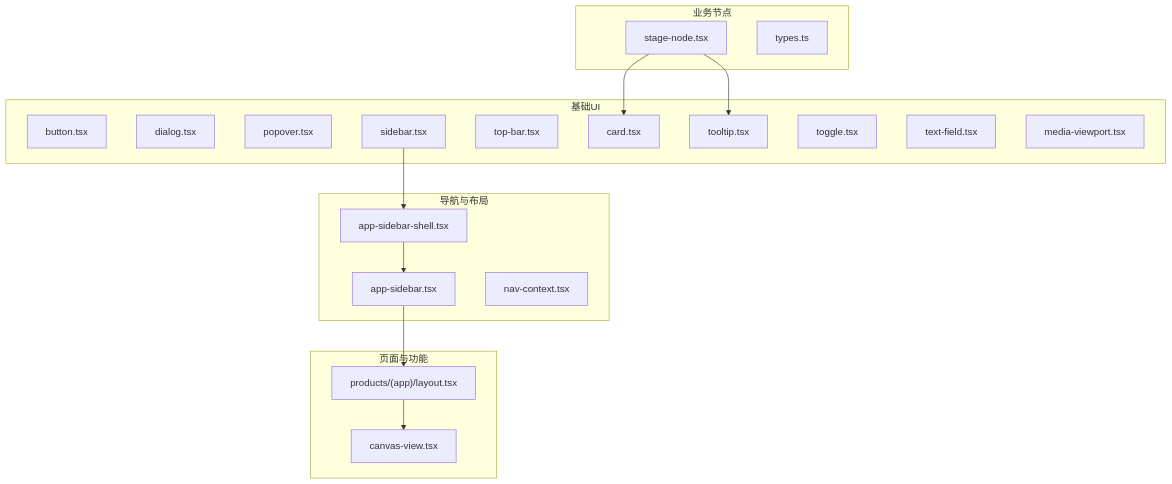
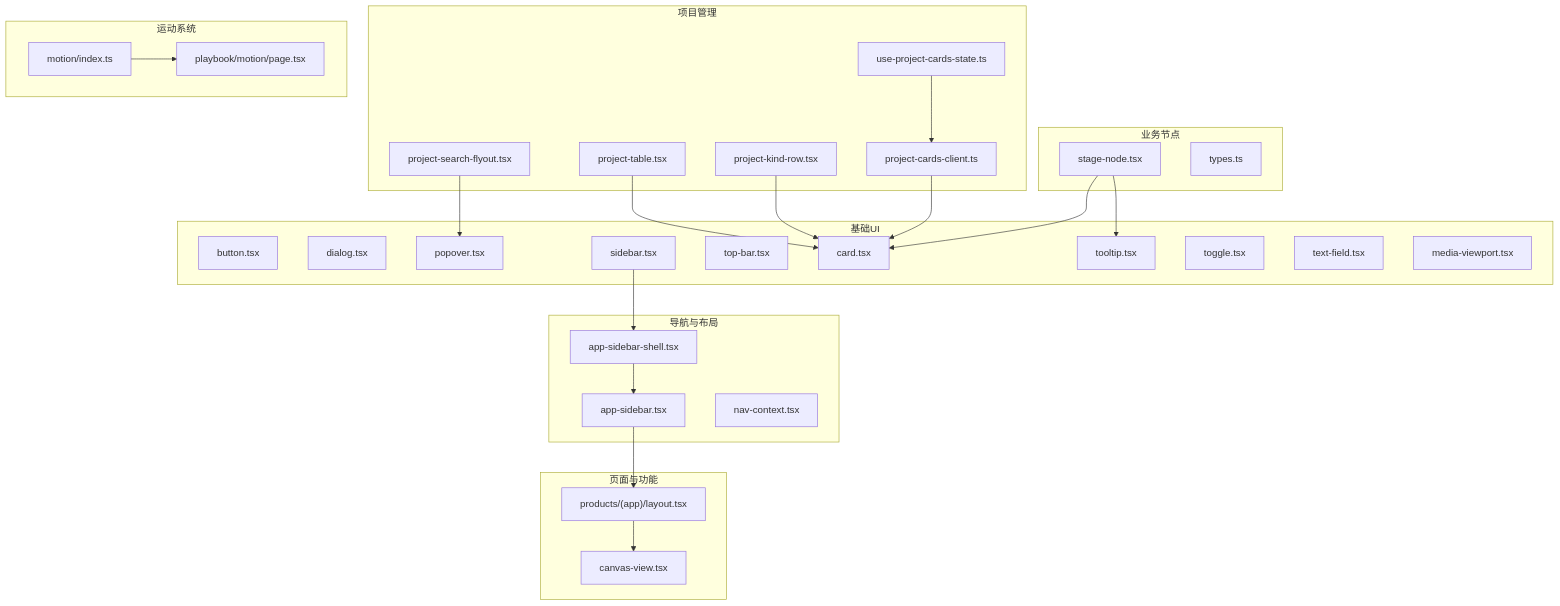
Before and after one commit to scottcwy/PurpleInk: the first of 8 diagrams in .qoder/repowiki/zh/content/前端架构/组件系统/组件系统.md, drawn with Mermaid. The commit also changed other lines of this file and 23 other files, not shown here.

````diff
--- a/.qoder/repowiki/zh/content/前端架构/组件系统/组件系统.md
+++ b/.qoder/repowiki/zh/content/前端架构/组件系统/组件系统.md
@@ -56,34 +76,51 @@
 ```mermaid
 graph TB
 subgraph "基础UI"
 U1["button.tsx"]
 U2["dialog.tsx"]
 U3["popover.tsx"]
 U4["sidebar.tsx"]
 U5["top-bar.tsx"]
 U6["card.tsx"]
 U7["tooltip.tsx"]
 U8["toggle.tsx"]
 U9["text-field.tsx"]
 U10["media-viewport.tsx"]
 end
 subgraph "业务节点"
 N1["stage-node.tsx"]
 N2["types.ts"]
 end
 subgraph "导航与布局"
 F1["app-sidebar-shell.tsx"]
 F2["app-sidebar.tsx"]
 F3["nav-context.tsx"]
 end
+subgraph "项目管理"
+P1["project-cards-client.ts"]
+P2["project-kind-row.tsx"]
+P3["project-table.tsx"]
+P4["project-search-flyout.tsx"]
+P5["use-project-cards-state.ts"]
+end
+subgraph "运动系统"
+M1["motion/index.ts"]
+M2["playbook/motion/page.tsx"]
+end
 subgraph "页面与功能"
-P1["products/(app)/layout.tsx"]
-P2["canvas-view.tsx"]
+S1["products/(app)/layout.tsx"]
+S2["canvas-view.tsx"]
 end
 U4 --> F1
 F1 --> F2
-F2 --> P1
-P1 --> P2
+F2 --> S1
+S1 --> S2
 N1 --> U6
 N1 --> U7
+P1 --> U6
+P2 --> U6
+P3 --> U6
+P4 --> U3
+P5 --> P1
+M1 --> M2
 ```
````
